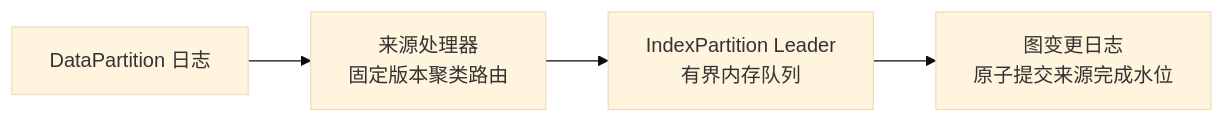
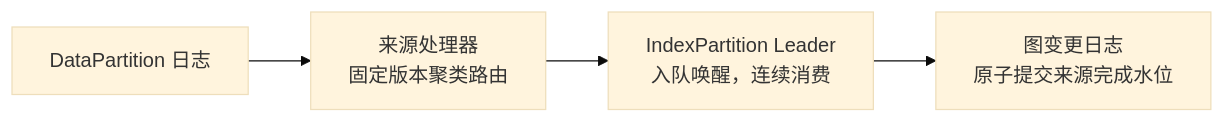
Before and after one commit to youyou-myheart/vecdb: the third of 3 diagrams in ARCHITECTURE.md, drawn with Mermaid (base theme). The commit also changed other lines of this file and 45 other files, not shown here.

````diff
--- a/ARCHITECTURE.md
+++ b/ARCHITECTURE.md
@@ -115,6 +115,6 @@
 ```mermaid
 flowchart LR
     D["DataPartition 日志"] --> R["来源处理器<br/>固定版本聚类路由"]
-    R --> I["IndexPartition Leader<br/>有界内存队列"]
+    R --> I["IndexPartition Leader<br/>入队唤醒，连续消费"]
     I --> G["图变更日志<br/>原子提交来源完成水位"]
 ```
````
